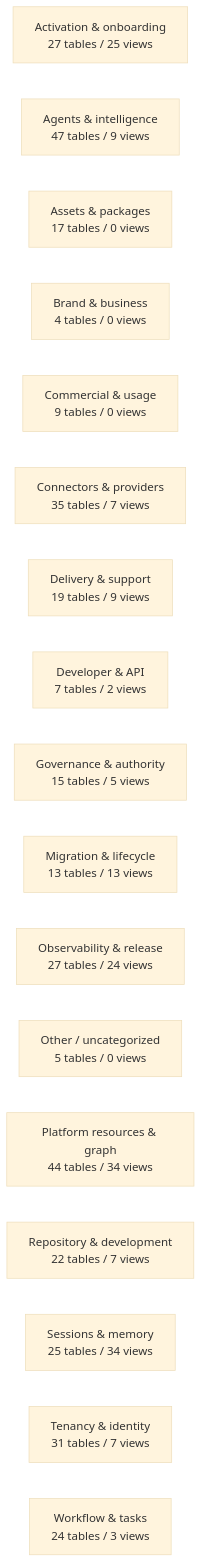
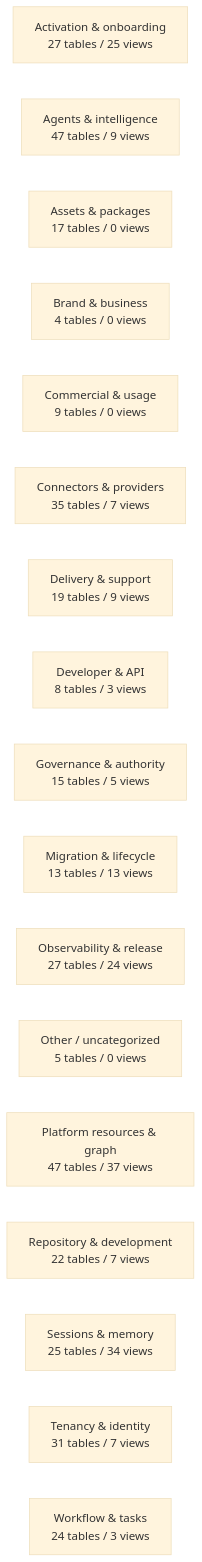
One commit to mad4bdigital-ai/multi-business-multi-role-growth-intelligence-os changed the diagram in docs/work-maps/data-model-domain-map.md. Above: the diagram before and after it, drawn with Mermaid (base theme). The commit also changed other lines of this file and 7 other files, not shown here.

````diff
--- a/docs/work-maps/data-model-domain-map.md
+++ b/docs/work-maps/data-model-domain-map.md
@@ -9,20 +9,20 @@
 ```mermaid
 flowchart LR
   n_Activation___onboarding["Activation & onboarding<br/>27 tables / 25 views"]
   n_Agents___intelligence["Agents & intelligence<br/>47 tables / 9 views"]
   n_Assets___packages["Assets & packages<br/>17 tables / 0 views"]
   n_Brand___business["Brand & business<br/>4 tables / 0 views"]
   n_Commercial___usage["Commercial & usage<br/>9 tables / 0 views"]
   n_Connectors___providers["Connectors & providers<br/>35 tables / 7 views"]
   n_Delivery___support["Delivery & support<br/>19 tables / 9 views"]
-  n_Developer___API["Developer & API<br/>7 tables / 2 views"]
+  n_Developer___API["Developer & API<br/>8 tables / 3 views"]
   n_Governance___authority["Governance & authority<br/>15 tables / 5 views"]
   n_Migration___lifecycle["Migration & lifecycle<br/>13 tables / 13 views"]
   n_Observability___release["Observability & release<br/>27 tables / 24 views"]
   n_Other___uncategorized["Other / uncategorized<br/>5 tables / 0 views"]
-  n_Platform_resources___graph["Platform resources & graph<br/>44 tables / 34 views"]
+  n_Platform_resources___graph["Platform resources & graph<br/>47 tables / 37 views"]
   n_Repository___development["Repository & development<br/>22 tables / 7 views"]
   n_Sessions___memory["Sessions & memory<br/>25 tables / 34 views"]
   n_Tenancy___identity["Tenancy & identity<br/>31 tables / 7 views"]
   n_Workflow___tasks["Workflow & tasks<br/>24 tables / 3 views"]
 ```
````
